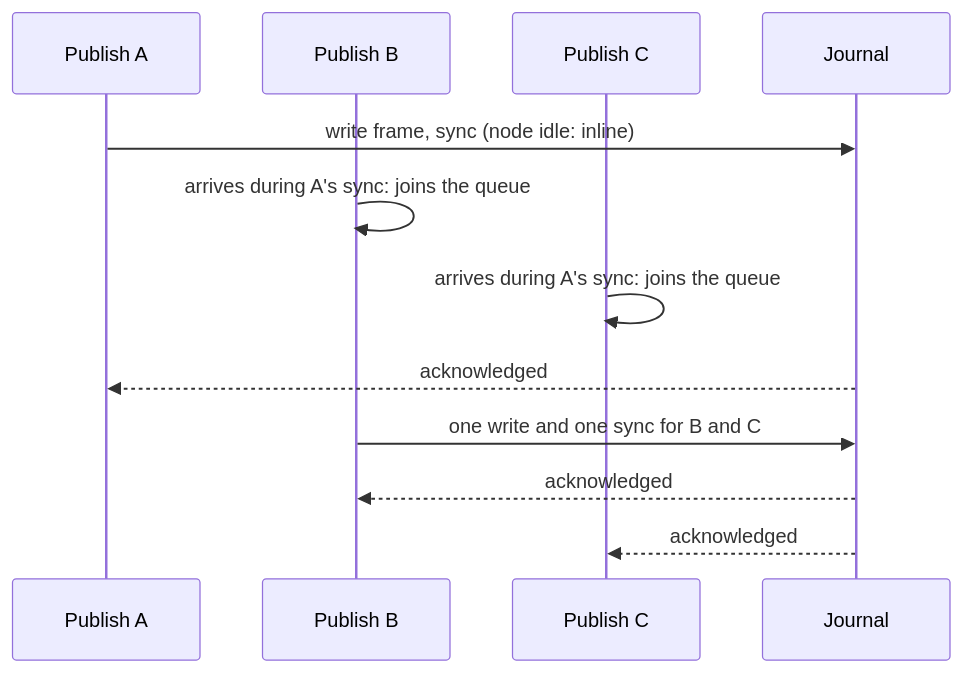
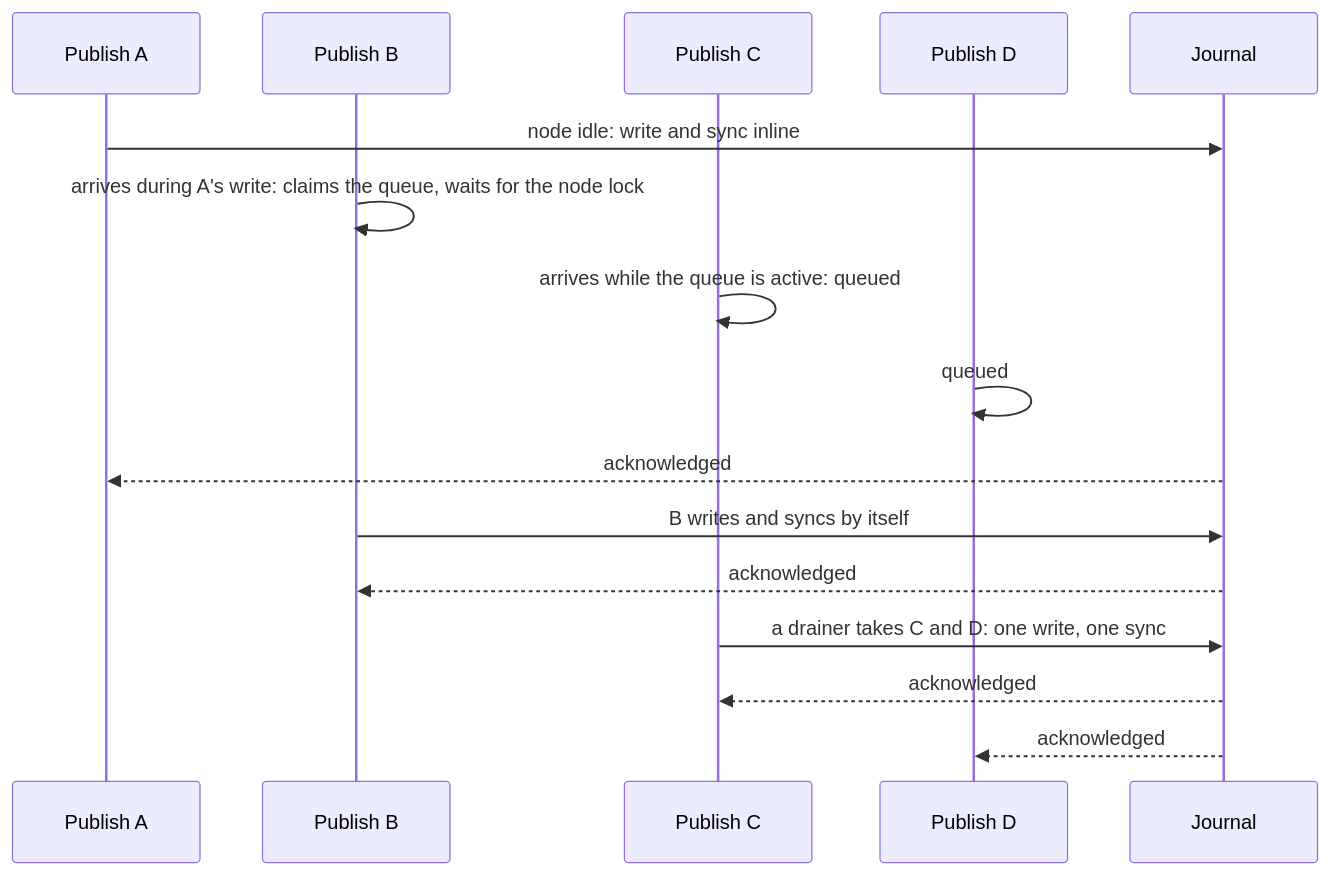
The diagram in docs/how-it-works.md (matorclawson/dostoevsky), drawn with Mermaid before and after one commit. The commit also changed other lines of this file, not shown here.

Commit message:
how-it-works: describe the group commit queue as main behaves (reader M1 on PR 11)
The first contender (the call that finds the node busy and no queue active) claims the
queue and writes its own record alone; only callers that arrive while a queue is active
share a group, which a drainer goroutine writes with one sync. The diagram and bullets
now show that (A idle inline, B first contender alone, C and D one group) instead of
B and C sharing a write. If the gather experiment (PR 19) lands, this page changes with it.

````diff
--- a/docs/how-it-works.md
+++ b/docs/how-it-works.md
@@ -9,14 +9,18 @@
 ```mermaid
 sequenceDiagram
     participant A as Publish A
     participant B as Publish B
     participant C as Publish C
+    participant D as Publish D
     participant J as Journal
-    A->>J: write frame, sync (node idle: inline)
-    B->>B: arrives during A's sync: joins the queue
-    C->>C: arrives during A's sync: joins the queue
+    A->>J: node idle: write and sync inline
+    B->>B: arrives during A's write: claims the queue, waits for the node lock
+    C->>C: arrives while the queue is active: queued
+    D->>D: queued
     J-->>A: acknowledged
-    B->>J: one write and one sync for B and C
+    B->>J: B writes and syncs by itself
     J-->>B: acknowledged
+    C->>J: a drainer takes C and D: one write, one sync
     J-->>C: acknowledged
+    J-->>D: acknowledged
 ```
````
